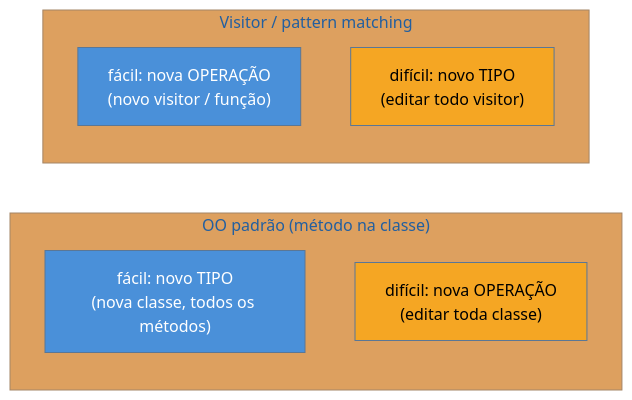
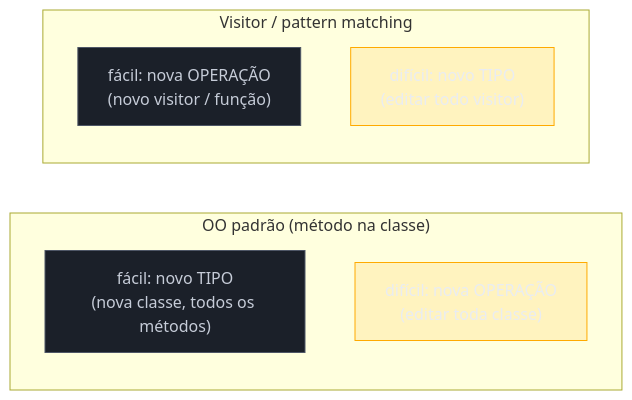
Before and after one commit to josenaldo/codex-technomanticus: the diagram in 03-Dominios/Engenharia/Design de Software/Padrões de Projeto/Clássicos (GoF)/20 - Visitor.md, drawn with Mermaid. The commit also changed 1181 other files, not shown here.

First line of the commit message:
fix(diagramas): paleta do sistema no lugar de cor cravada no markdown

````diff
--- a/03-Dominios/Engenharia/Design de Software/Padrões de Projeto/Clássicos (GoF)/20 - Visitor.md
+++ b/03-Dominios/Engenharia/Design de Software/Padrões de Projeto/Clássicos (GoF)/20 - Visitor.md
@@ -36,17 +36,18 @@
 ```mermaid
-%%{init: {"theme": "base", "themeVariables": {"primaryColor": "#4A90D9"}}}%%
 graph LR
+    classDef neutro fill:#1B2029,stroke:#4E5666,color:#C6CCD8
+    classDef destaque fill:#FFAA0024,stroke:#FFAA00,color:#E9ECF2
     subgraph OO["OO padrão (método na classe)"]
         O1["fácil: novo TIPO<br/>(nova classe, todos os métodos)"]
         O2["difícil: nova OPERAÇÃO<br/>(editar toda classe)"]
     end
     subgraph V["Visitor / pattern matching"]
         V1["fácil: nova OPERAÇÃO<br/>(novo visitor / função)"]
         V2["difícil: novo TIPO<br/>(editar todo visitor)"]
     end
 
-    style O1 fill:#4A90D9,color:#fff
-    style V1 fill:#4A90D9,color:#fff
-    style O2 fill:#F5A623,color:#000
-    style V2 fill:#F5A623,color:#000
+    class O1 neutro
+    class V1 neutro
+    class O2 destaque
+    class V2 destaque
 ```
````
